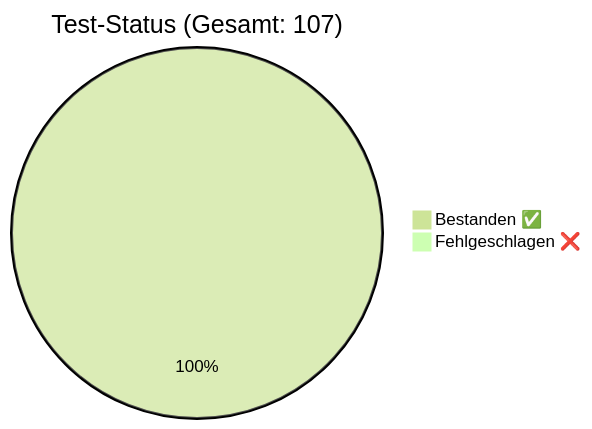
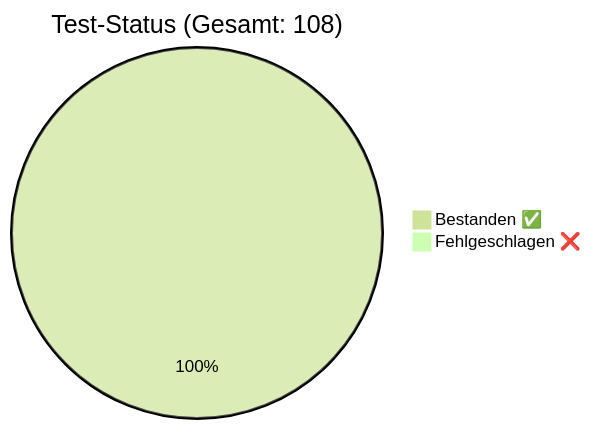
The diagram in docs/QA_Report.md (rorila/GCS), drawn with Mermaid (forest theme) before and after one commit. The commit also changed other lines of this file and 7 other files, not shown here.

````diff
--- a/docs/QA_Report.md
+++ b/docs/QA_Report.md
@@ -7,5 +7,5 @@
 ```mermaid
-pie title Test-Status (Gesamt: 107)
-    "Bestanden ✅" : 107
+pie title Test-Status (Gesamt: 108)
+    "Bestanden ✅" : 108
     "Fehlgeschlagen ❌" : 0
 ```
````
